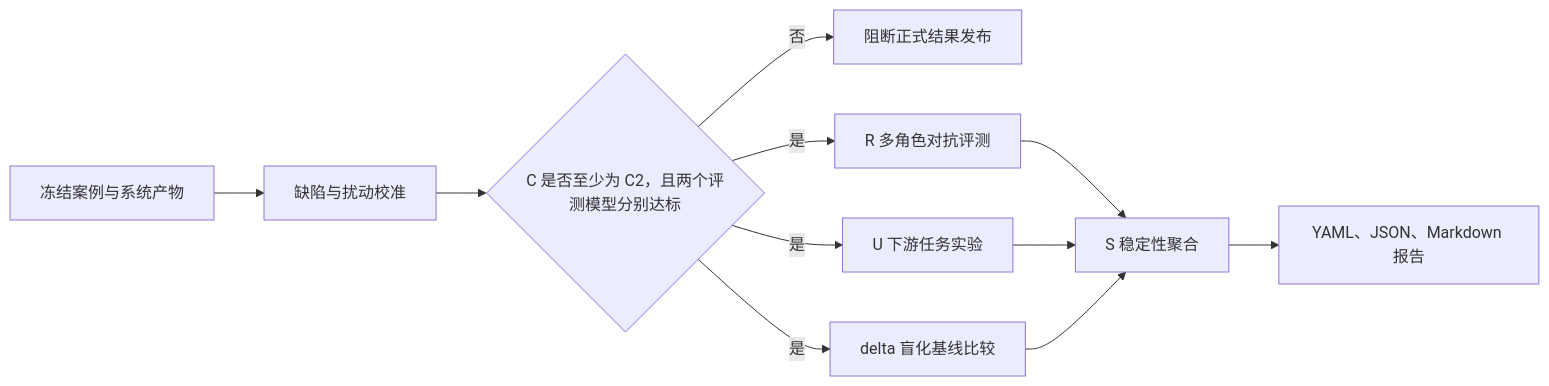
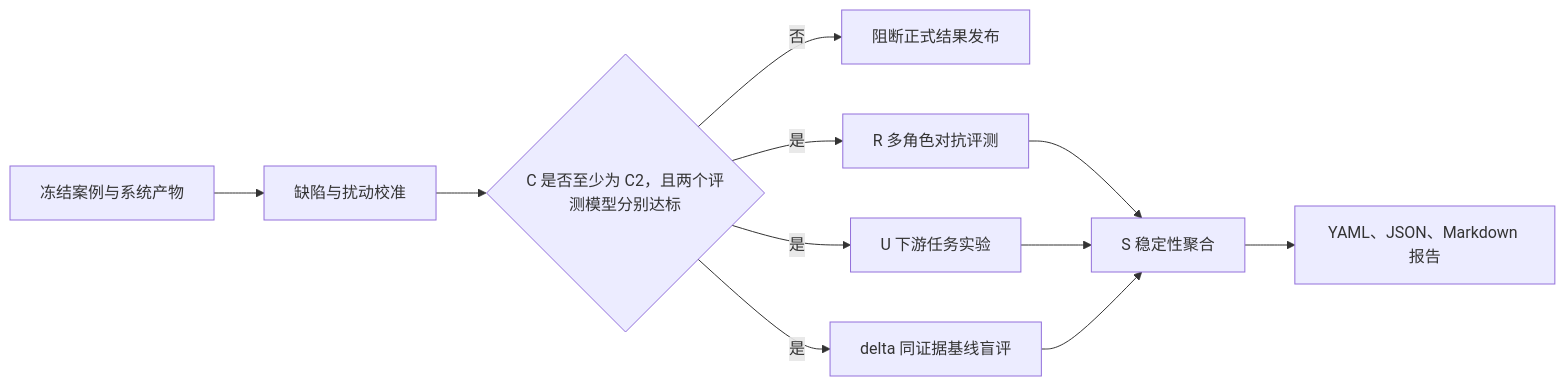
Before and after one commit to ELIZA123Q/ontology-investment-research-platform: the diagram in 评测集/01_评测总纲.md, drawn with Mermaid. The commit also changed other lines of this file and 321 other files, not shown here.

````diff
--- a/评测集/01_评测总纲.md
+++ b/评测集/01_评测总纲.md
@@ -87,13 +97,13 @@
 ```mermaid
 flowchart LR
     A["冻结案例与系统产物"] --> B["缺陷与扰动校准"]
     B --> C{"C 是否至少为 C2，且两个评测模型分别达标"}
     C -- "否" --> D["阻断正式结果发布"]
     C -- "是" --> E["R 多角色对抗评测"]
     C -- "是" --> F["U 下游任务实验"]
-    C -- "是" --> G["delta 盲化基线比较"]
+    C -- "是" --> G["delta 同证据基线盲评"]
     E --> H["S 稳定性聚合"]
     F --> H
     G --> H
     H --> I["YAML、JSON、Markdown 报告"]
 ```
````
